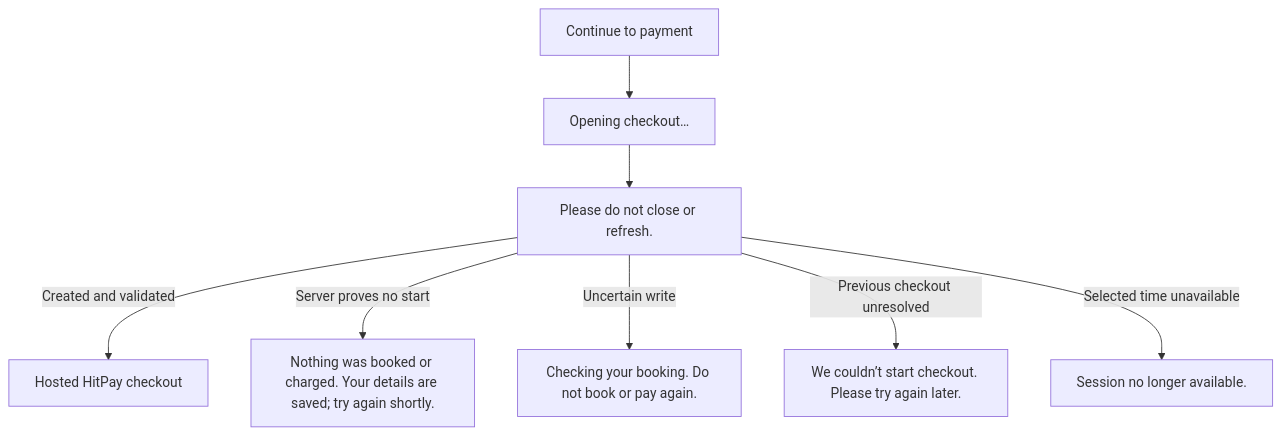
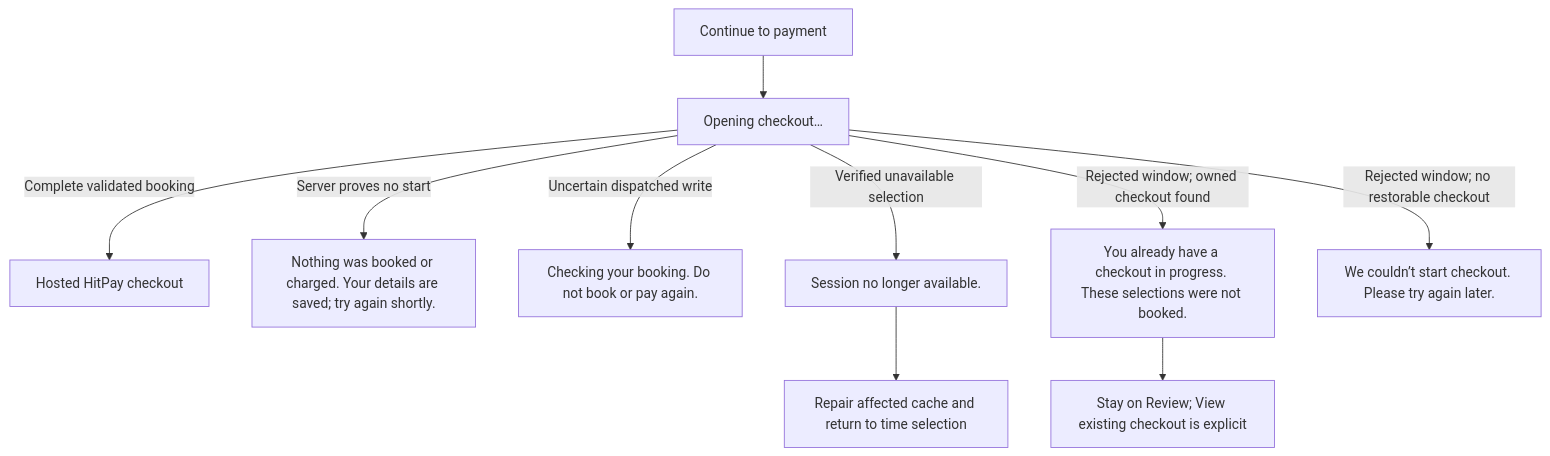
Before and after one commit to soccerbotstudiosg/soccerbotstudioSG: the sixth of 19 diagrams in docs/booking-flows.md, drawn with Mermaid. The commit also changed other lines of this file and 20 other files, not shown here.

````diff
--- a/docs/booking-flows.md
+++ b/docs/booking-flows.md
@@ -79,10 +81,12 @@
 ```mermaid
 flowchart TD
   A["Continue to payment"] --> B["Opening checkout…"]
-  B --> C["Please do not close or refresh."]
-  C -->|Created and validated| D["Hosted HitPay checkout"]
-  C -->|Server proves no start| E["Nothing was booked or charged. Your details are saved; try again shortly."]
-  C -->|Uncertain write| F["Checking your booking. Do not book or pay again."]
-  C -->|Previous checkout unresolved| G["We couldn’t start checkout. Please try again later."]
-  C -->|Selected time unavailable| H["Session no longer available."]
+  B -->|Complete validated booking| C["Hosted HitPay checkout"]
+  B -->|Server proves no start| D["Nothing was booked or charged. Your details are saved; try again shortly."]
+  B -->|Uncertain dispatched write| E["Checking your booking. Do not book or pay again."]
+  B -->|Verified unavailable selection| F["Session no longer available."]
+  F --> G["Repair affected cache and return to time selection"]
+  B -->|Rejected window; owned checkout found| H["You already have a checkout in progress. These selections were not booked."]
+  H --> I["Stay on Review; View existing checkout is explicit"]
+  B -->|Rejected window; no restorable checkout| J["We couldn’t start checkout. Please try again later."]
 ```
````
